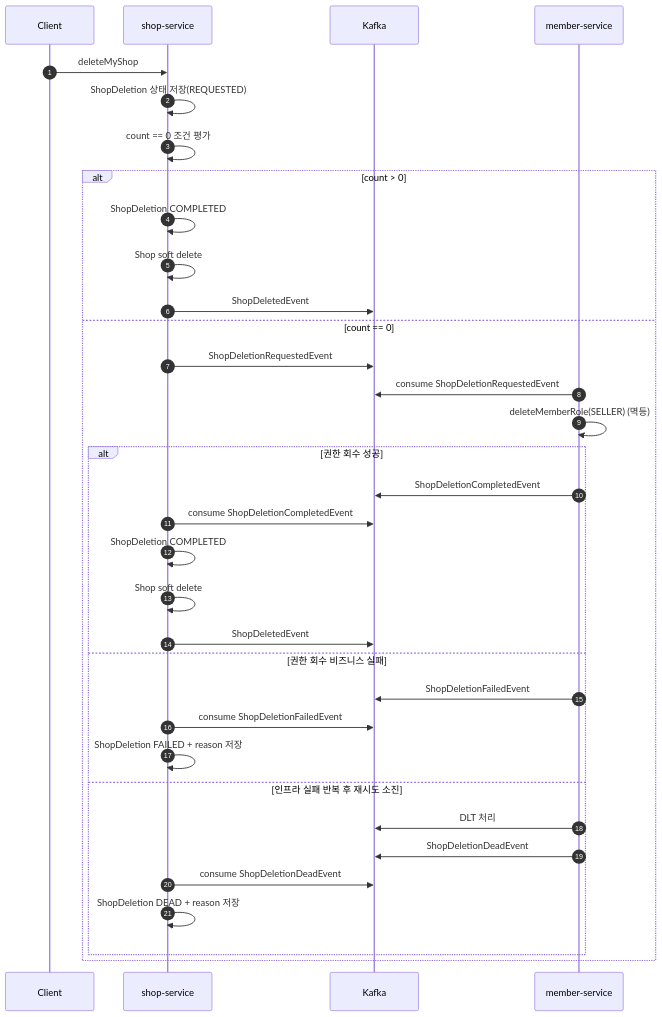
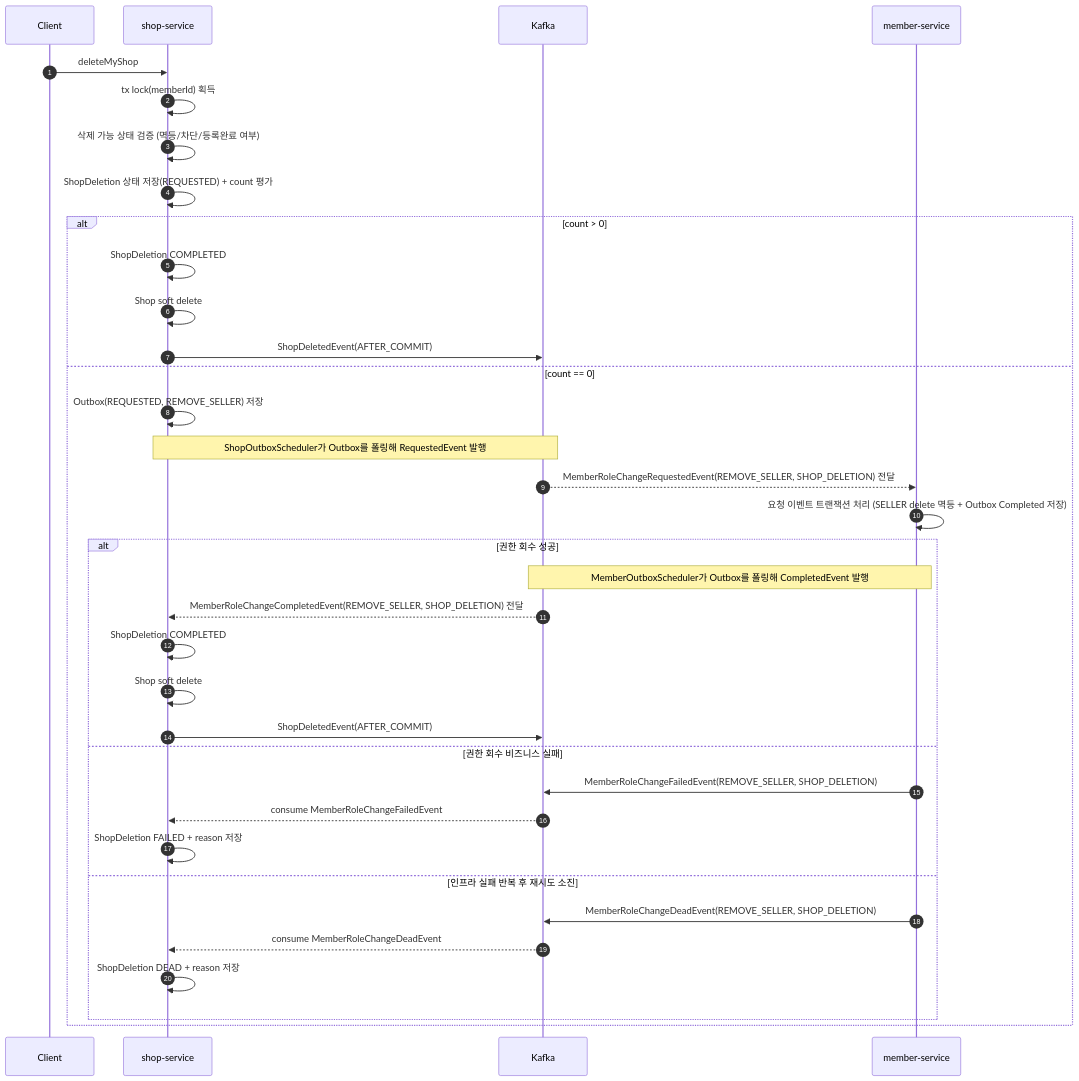
One commit to 95twan/myroutine changed the diagram in shop-service/docs/shop_delete_saga_design.md. Above: the diagram before and after it, drawn with Mermaid. The commit also changed other lines of this file and 129 other files, not shown here.

````diff
--- a/shop-service/docs/shop_delete_saga_design.md
+++ b/shop-service/docs/shop_delete_saga_design.md
@@ -150,37 +162,38 @@
 ```mermaid
 sequenceDiagram
     autonumber
     participant C as Client
     participant S as shop-service
     participant K as Kafka
     participant M as member-service
 
     C->>S: deleteMyShop
-    S->>S: ShopDeletion 상태 저장(REQUESTED)
-    S->>S: count == 0 조건 평가
+    S->>S: tx lock(memberId) 획득
+    S->>S: 삭제 가능 상태 검증 (멱등/차단/등록완료 여부)
+    S->>S: ShopDeletion 상태 저장(REQUESTED) + count 평가
     alt count > 0
         S->>S: ShopDeletion COMPLETED
         S->>S: Shop soft delete
-        S->>K: ShopDeletedEvent
+        S->>K: ShopDeletedEvent(AFTER_COMMIT)
     else count == 0
-        S->>K: ShopDeletionRequestedEvent
-        M->>K: consume ShopDeletionRequestedEvent
-        M->>M: deleteMemberRole(SELLER) (멱등)
+        S->>S: Outbox(REQUESTED, REMOVE_SELLER) 저장
+        Note over S,K: ShopOutboxScheduler가 Outbox를 폴링해 RequestedEvent 발행
+        K-->>M: MemberRoleChangeRequestedEvent(REMOVE_SELLER, SHOP_DELETION) 전달
+        M->>M: 요청 이벤트 트랜잭션 처리 (SELLER delete 멱등 + Outbox Completed 저장)
         alt 권한 회수 성공
-            M->>K: ShopDeletionCompletedEvent
-            S->>K: consume ShopDeletionCompletedEvent
+            Note over M,K: MemberOutboxScheduler가 Outbox를 폴링해 CompletedEvent 발행
+            K-->>S: MemberRoleChangeCompletedEvent(REMOVE_SELLER, SHOP_DELETION) 전달
             S->>S: ShopDeletion COMPLETED
             S->>S: Shop soft delete
-            S->>K: ShopDeletedEvent
+            S->>K: ShopDeletedEvent(AFTER_COMMIT)
         else 권한 회수 비즈니스 실패
-            M->>K: ShopDeletionFailedEvent
-            S->>K: consume ShopDeletionFailedEvent
+            M->>K: MemberRoleChangeFailedEvent(REMOVE_SELLER, SHOP_DELETION)
+            K-->>S: consume MemberRoleChangeFailedEvent
             S->>S: ShopDeletion FAILED + reason 저장
         else 인프라 실패 반복 후 재시도 소진
-            M->>K: DLT 처리
-            M->>K: ShopDeletionDeadEvent
-            S->>K: consume ShopDeletionDeadEvent
+            M->>K: MemberRoleChangeDeadEvent(REMOVE_SELLER, SHOP_DELETION)
+            K-->>S: consume MemberRoleChangeDeadEvent
             S->>S: ShopDeletion DEAD + reason 저장
         end
     end
 ```
````
